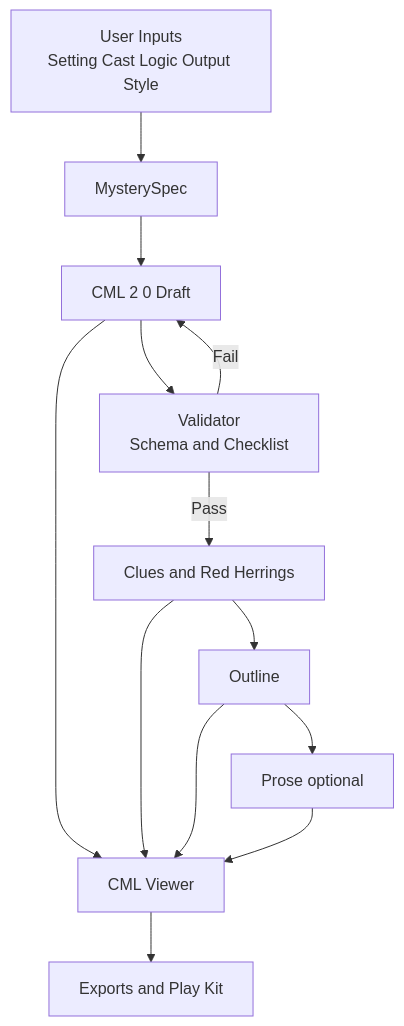
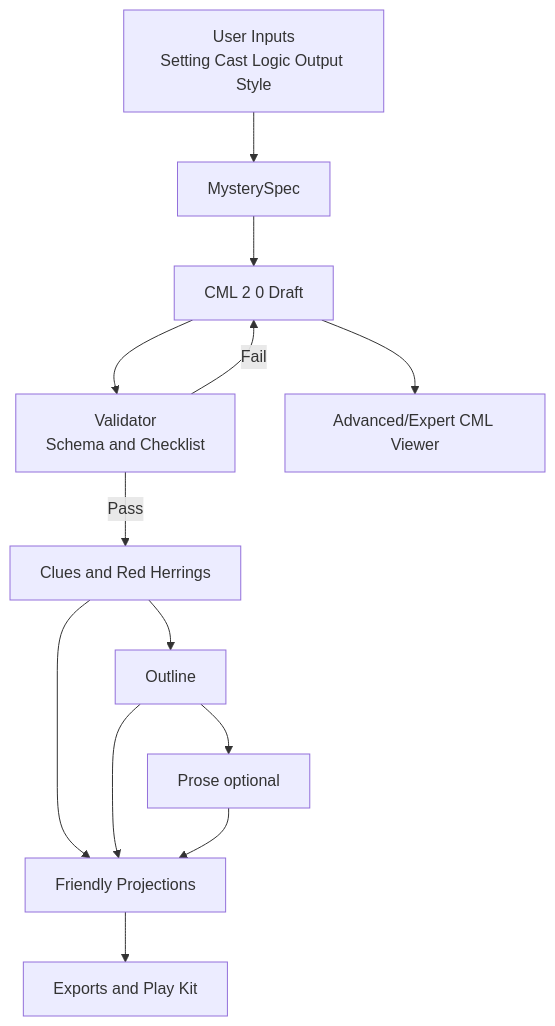
Before and after one commit to andylelli/cml_01: the first of 2 diagrams in documentation/03_architecture_backend.md, drawn with Mermaid. The commit also changed other lines of this file and 7766 other files, not shown here.

````diff
--- a/documentation/03_architecture_backend.md
+++ b/documentation/03_architecture_backend.md
@@ -77,15 +102,15 @@
 ```mermaid
 flowchart TD
   U["User Inputs\nSetting Cast Logic Output Style"] --> S[MysterySpec]
   S --> CML["CML 2 0 Draft"]
   CML --> V["Validator\nSchema and Checklist"]
   V -->|Pass| CL["Clues and Red Herrings"]
   V -->|Fail| CML
   CL --> O[Outline]
   O --> P["Prose optional"]
-  CML --> UI["CML Viewer"]
-  CL --> UI
+  CML --> ADV["Advanced/Expert CML Viewer"]
+  CL --> UI["Friendly Projections"]
   O --> UI
   P --> UI
   UI --> E["Exports and Play Kit"]
 ```
````
